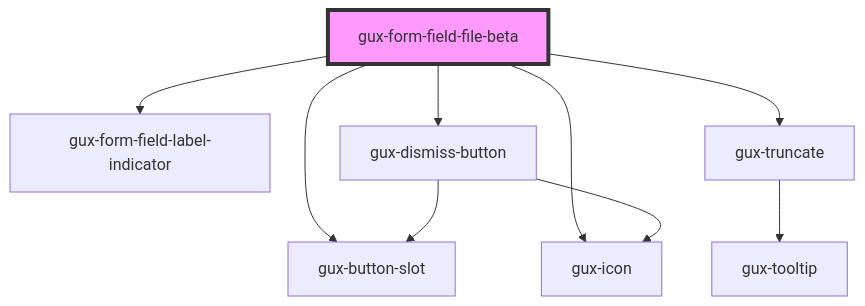
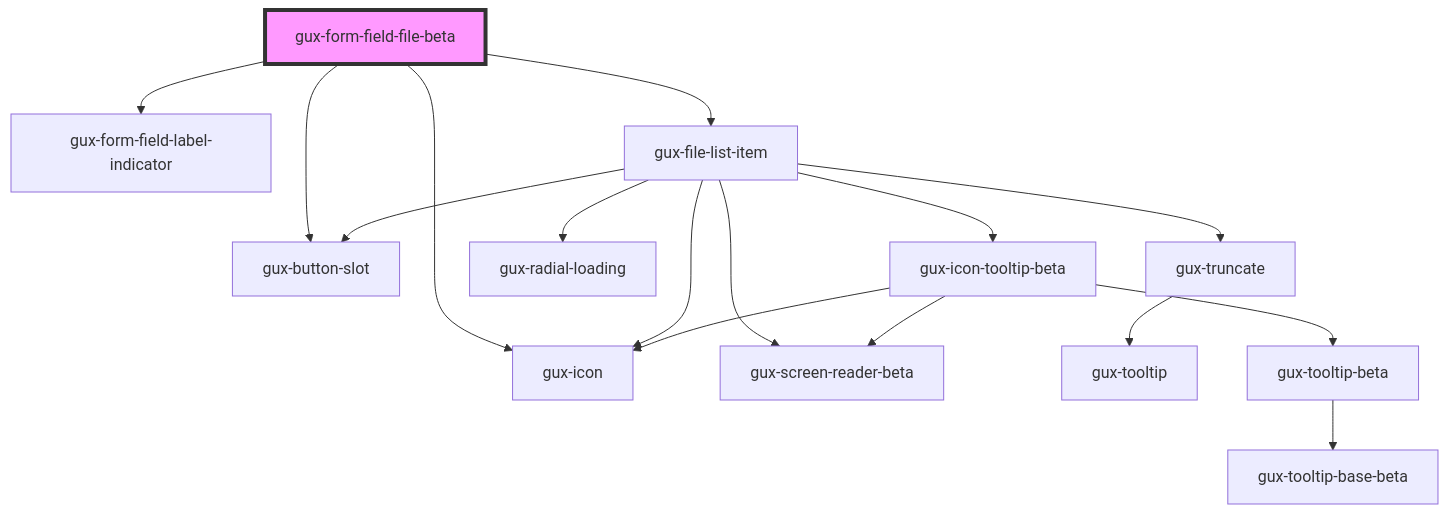
The diagram in packages/genesys-spark-components/src/components/stable/gux-form-field/components/gux-form-field-file-beta/readme.md (MyPureCloud/genesys-spark), drawn with Mermaid before and after one commit. The commit also changed other lines of this file and 22 other files, not shown here.

First line of the commit message:
chore(form-field-file-beta): addressed PR comments

````diff
--- a/packages/genesys-spark-components/src/components/stable/gux-form-field/components/gux-form-field-file-beta/readme.md
+++ b/packages/genesys-spark-components/src/components/stable/gux-form-field/components/gux-form-field-file-beta/readme.md
@@ -38,12 +37,19 @@
 ```mermaid
 graph TD;
   gux-form-field-file-beta --> gux-form-field-label-indicator
-  gux-form-field-file-beta --> gux-dismiss-button
-  gux-form-field-file-beta --> gux-truncate
+  gux-form-field-file-beta --> gux-file-list-item
   gux-form-field-file-beta --> gux-button-slot
   gux-form-field-file-beta --> gux-icon
-  gux-dismiss-button --> gux-button-slot
-  gux-dismiss-button --> gux-icon
+  gux-file-list-item --> gux-truncate
+  gux-file-list-item --> gux-radial-loading
+  gux-file-list-item --> gux-icon-tooltip-beta
+  gux-file-list-item --> gux-button-slot
+  gux-file-list-item --> gux-icon
+  gux-file-list-item --> gux-screen-reader-beta
   gux-truncate --> gux-tooltip
+  gux-icon-tooltip-beta --> gux-screen-reader-beta
+  gux-icon-tooltip-beta --> gux-icon
+  gux-icon-tooltip-beta --> gux-tooltip-beta
+  gux-tooltip-beta --> gux-tooltip-base-beta
   style gux-form-field-file-beta fill:#f9f,stroke:#333,stroke-width:4px
 ```
````
